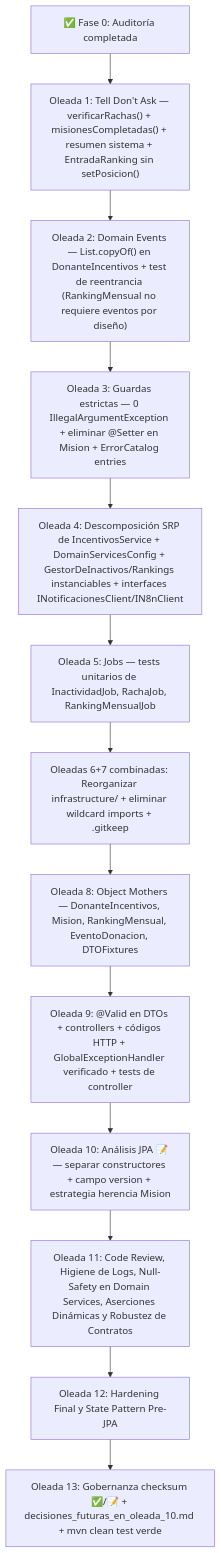
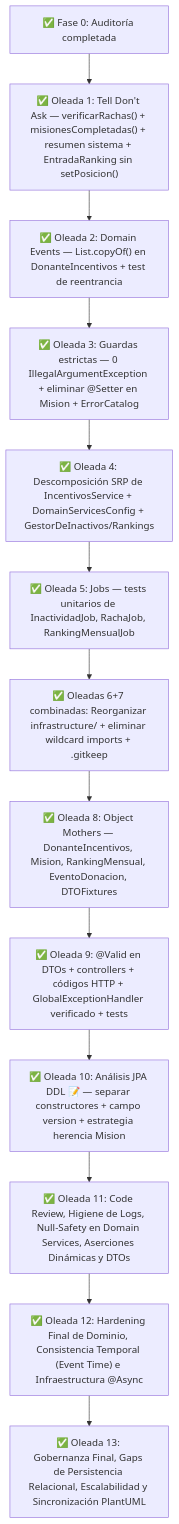
Before and after one commit to tsorren/DonaTrack-TP-DDS: the diagram in docs/design/incentivos-service/plan-refactor-incentivos.md, drawn with Mermaid. The commit also changed other lines of this file and 14 other files, not shown here.

Commit message:
Incentivos: Oleada 13 y Post Auditoria

````diff
--- a/docs/design/incentivos-service/plan-refactor-incentivos.md
+++ b/docs/design/incentivos-service/plan-refactor-incentivos.md
@@ -206,29 +206,29 @@
 ```mermaid
 graph TD
     F0["✅ Fase 0: Auditoría completada"]
-    O1["Oleada 1: Tell Don't Ask — verificarRachas() + misionesCompletadas() + resumen sistema + EntradaRanking sin setPosicion()"]
-    O2["Oleada 2: Domain Events — List.copyOf() en DonanteIncentivos + test de reentrancia (RankingMensual no requiere eventos por diseño)"]
-    O3["Oleada 3: Guardas estrictas — 0 IllegalArgumentException + eliminar @Setter en Mision + ErrorCatalog entries"]
-    O4["Oleada 4: Descomposición SRP de IncentivosService + DomainServicesConfig + GestorDeInactivos/Rankings instanciables + interfaces INotificacionesClient/IN8nClient"]
-    O5["Oleada 5: Jobs — tests unitarios de InactividadJob, RachaJob, RankingMensualJob"]
-    O67["Oleadas 6+7 combinadas: Reorganizar infrastructure/ + eliminar wildcard imports + .gitkeep"]
-    O8["Oleada 8: Object Mothers — DonanteIncentivos, Mision, RankingMensual, EventoDonacion, DTOFixtures"]
-    O9["Oleada 9: @Valid en DTOs + controllers + códigos HTTP + GlobalExceptionHandler verificado + tests de controller"]
-    O10["Oleada 10: Análisis JPA 📝 — separar constructores + campo version + estrategia herencia Mision"]
-    O11["Oleada 11: Code Review, Higiene de Logs, Null-Safety en Domain Services, Aserciones Dinámicas y Robustez de Contratos"]
-    O12["Oleada 12: Hardening Final y State Pattern Pre-JPA"]
-    O13["Oleada 13: Gobernanza checksum ✅/📝 + decisiones_futuras_en_oleada_10.md + mvn clean test verde"]
+    O1["✅ Oleada 1: Tell Don't Ask — verificarRachas() + misionesCompletadas() + resumen sistema + EntradaRanking sin setPosicion()"]
+    O2["✅ Oleada 2: Domain Events — List.copyOf() en DonanteIncentivos + test de reentrancia"]
+    O3["✅ Oleada 3: Guardas estrictas — 0 IllegalArgumentException + eliminar @Setter en Mision + ErrorCatalog"]
+    O4["✅ Oleada 4: Descomposición SRP de IncentivosService + DomainServicesConfig + GestorDeInactivos/Rankings"]
+    O5["✅ Oleada 5: Jobs — tests unitarios de InactividadJob, RachaJob, RankingMensualJob"]
+    O67["✅ Oleadas 6+7 combinadas: Reorganizar infrastructure/ + eliminar wildcard imports + .gitkeep"]
+    O8["✅ Oleada 8: Object Mothers — DonanteIncentivos, Mision, RankingMensual, EventoDonacion, DTOFixtures"]
+    O9["✅ Oleada 9: @Valid en DTOs + controllers + códigos HTTP + GlobalExceptionHandler verificado + tests"]
+    O10["✅ Oleada 10: Análisis JPA DDL 📝 — separar constructores + campo version + estrategia herencia Mision"]
+    O11["✅ Oleada 11: Code Review, Higiene de Logs, Null-Safety en Domain Services, Aserciones Dinámicas y DTOs"]
+    O12["✅ Oleada 12: Hardening Final de Dominio, Consistencia Temporal (Event Time) e Infraestructura @Async"]
+    O13["✅ Oleada 13: Gobernanza Final, Gaps de Persistencia Relacional, Escalabilidad y Sincronización PlantUML"]
 
     F0 --> O1
     O1 --> O2
     O2 --> O3
     O3 --> O4
     O4 --> O5
     O5 --> O67
     O67 --> O8
     O8 --> O9
     O9 --> O10
     O10 --> O11
     O11 --> O12
     O12 --> O13
 ```
````
